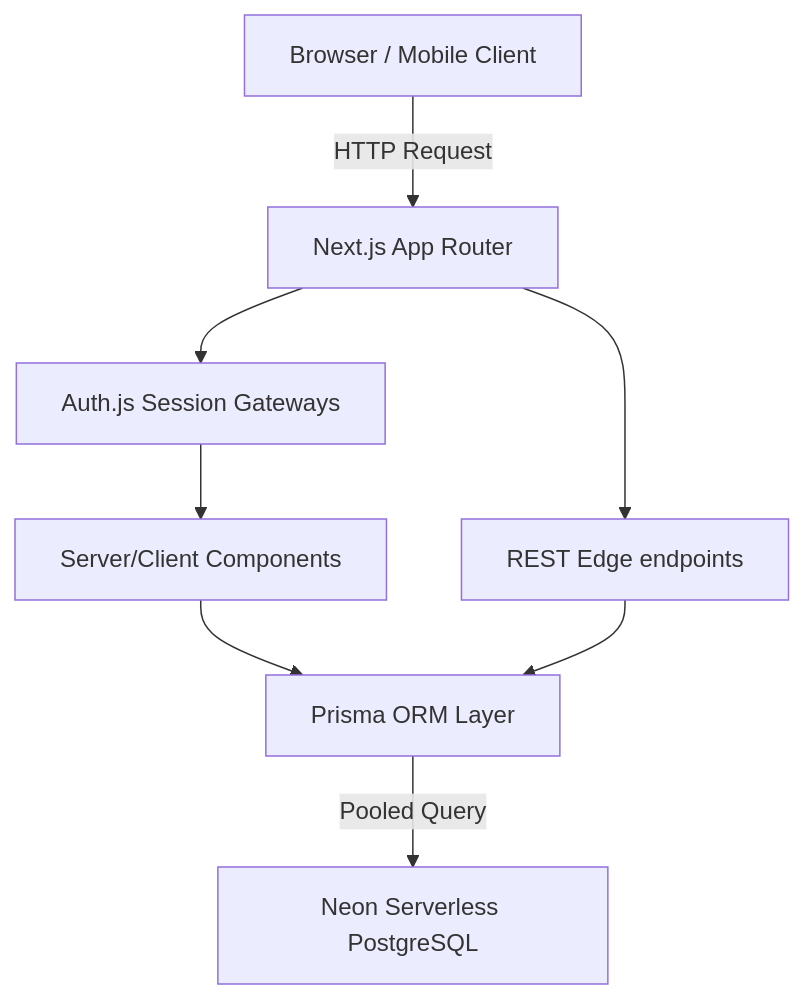
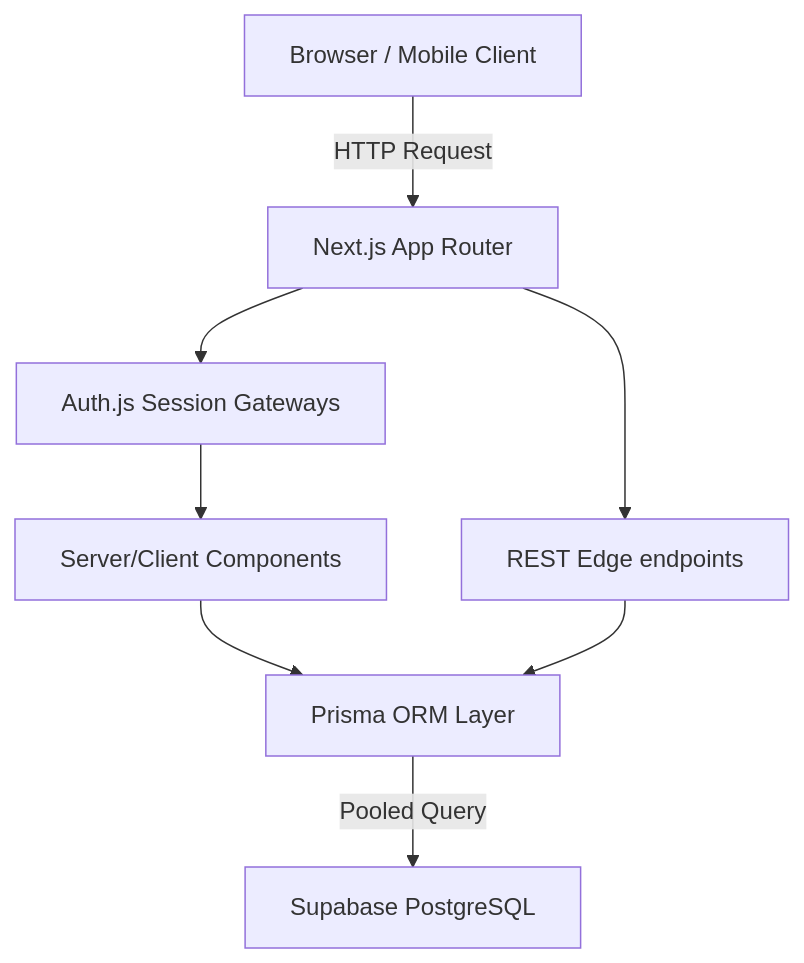
One commit to 23520904/aurews-seo changed the first of 3 diagrams in README.md. Above: the diagram before and after it, drawn with Mermaid. The commit also changed other lines of this file and 71 other files, not shown here.

````diff
--- a/README.md
+++ b/README.md
@@ -31,18 +33,18 @@
 ```mermaid
 graph TD
     Client[Browser / Mobile Client]
     Router[Next.js App Router]
     Auth[Auth.js Session Gateways]
     Pages[Server/Client Components]
     APIs[REST Edge endpoints]
     Prisma[Prisma ORM Layer]
-    Neon[Neon Serverless PostgreSQL]
+    Supabase[Supabase PostgreSQL]
 
     Client -->|HTTP Request| Router
     Router --> Auth
     Auth --> Pages
     Router --> APIs
     Pages --> Prisma
     APIs --> Prisma
-    Prisma -->|Pooled Query| Neon
+    Prisma -->|Pooled Query| Supabase
 ```
````
